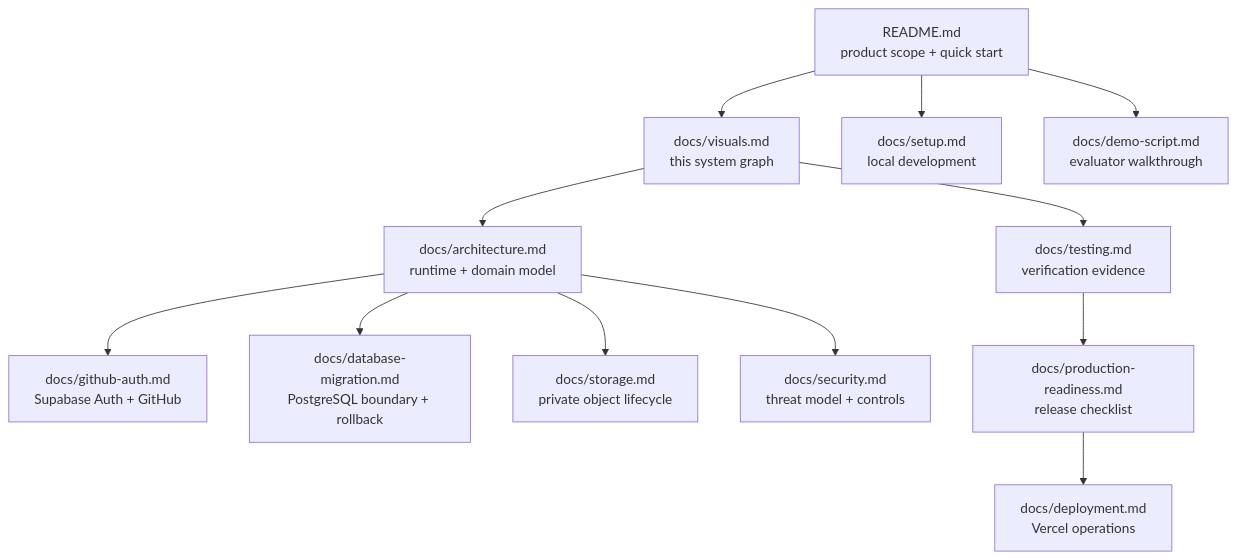
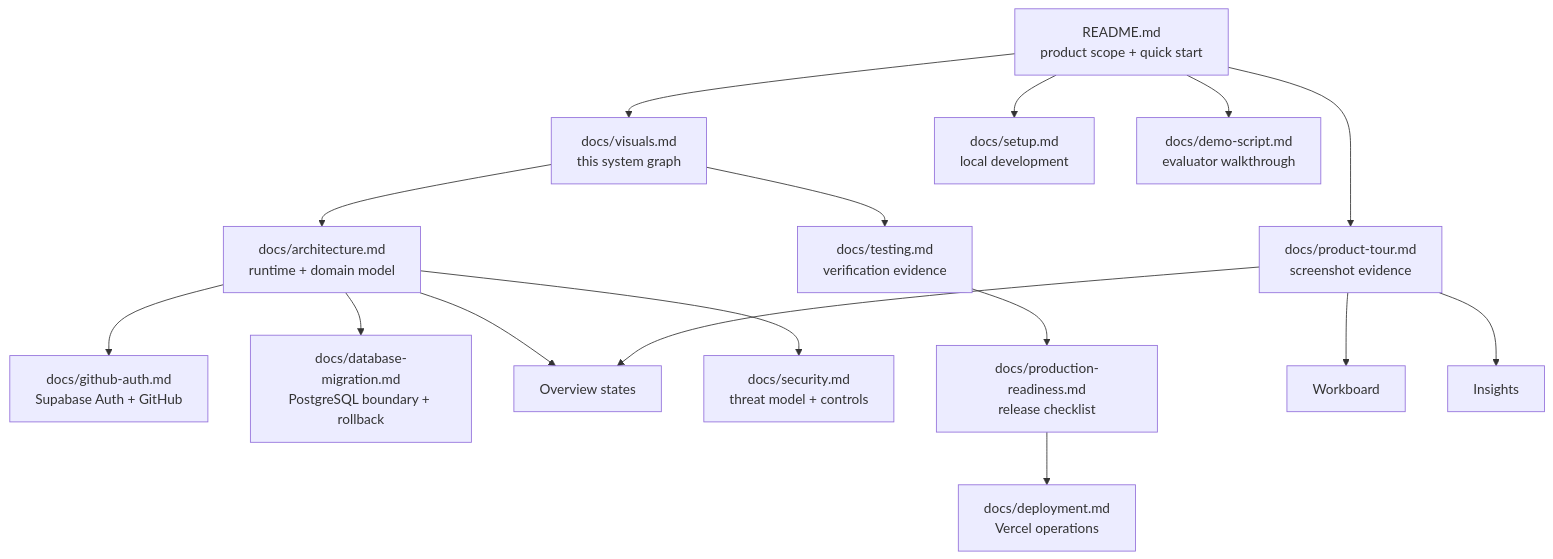
The first of 10 diagrams in docs/visuals.md (Simondavid07/bugforge), drawn with Mermaid before and after one commit. The commit also changed other lines of this file and 8 other files, not shown here.

Commit message:
docs: add product tour screenshots

````diff
--- a/docs/visuals.md
+++ b/docs/visuals.md
@@ -11,14 +11,18 @@
 ```mermaid
 flowchart TB
   R[README.md\nproduct scope + quick start] --> V[docs/visuals.md\nthis system graph]
   R --> S[docs/setup.md\nlocal development]
   V --> A[docs/architecture.md\nruntime + domain model]
   V --> T[docs/testing.md\nverification evidence]
   A --> G[docs/github-auth.md\nSupabase Auth + GitHub]
   A --> D[docs/database-migration.md\nPostgreSQL boundary + rollback]
   A --> O[docs/storage.md\nprivate object lifecycle]
   A --> X[docs/security.md\nthreat model + controls]
   T --> P[docs/production-readiness.md\nrelease checklist]
   P --> E[docs/deployment.md\nVercel operations]
   R --> M[docs/demo-script.md\nevaluator walkthrough]
+  R --> U[docs/product-tour.md\nscreenshot evidence]
+  U --> O[Overview states]
+  U --> W[Workboard]
+  U --> I[Insights]
 ```
````
